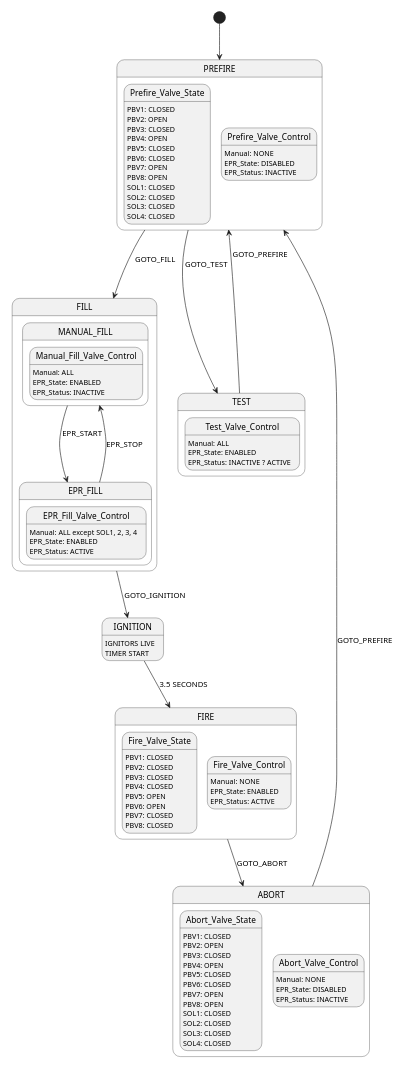
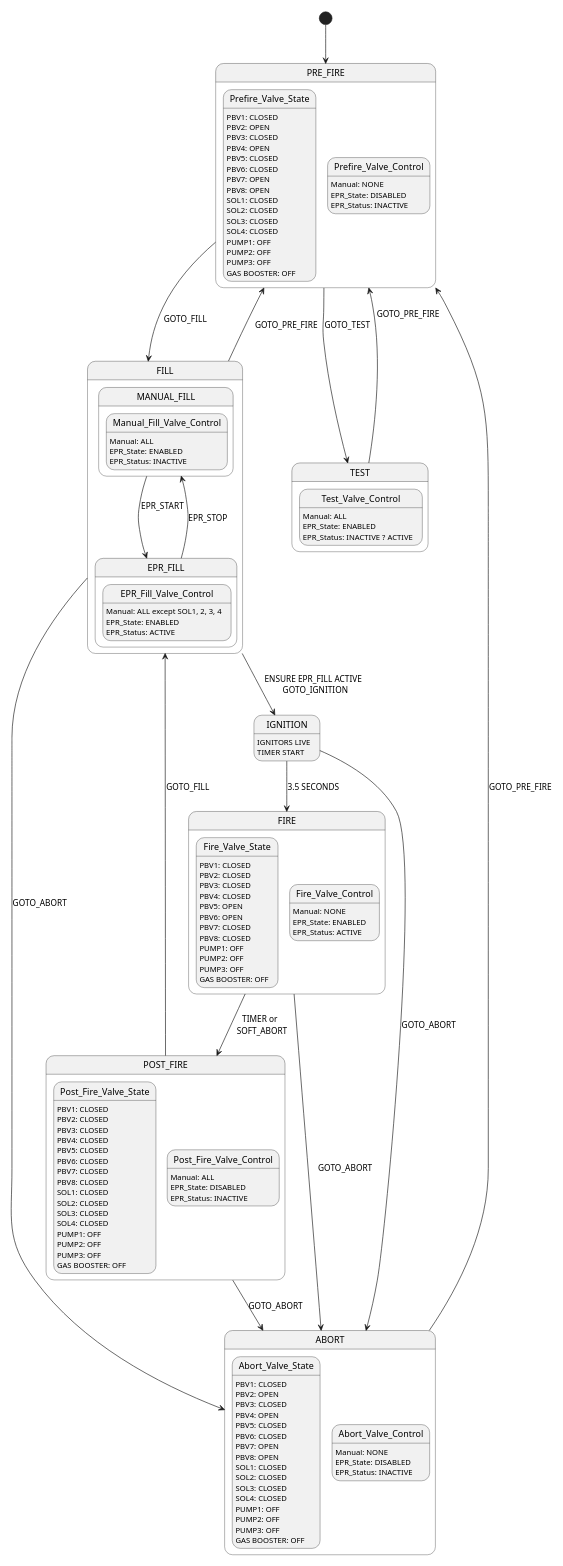
Before and after one commit to Bio-Rocket/LabJack: the diagram in stateMachine.plantuml, drawn with PlantUML.

Commit message:
added postfire state and new transitions

```diff
--- a/stateMachine.plantuml
+++ b/stateMachine.plantuml
@@ -1,99 +1,141 @@
 @startuml stateMachine
-scale 350 width
-[*] --> PREFIRE
-PREFIRE --> FILL : GOTO_FILL \n
-PREFIRE --> TEST : GOTO_TEST
-FILL --> IGNITION : GOTO_IGNITION
+scale 500 width
+[*] --> PRE_FIRE
+PRE_FIRE --> FILL : GOTO_FILL \n
+PRE_FIRE --> TEST : GOTO_TEST
+FILL --> IGNITION : ENSURE EPR_FILL ACTIVE \n GOTO_IGNITION
+FILL --> ABORT : GOTO_ABORT
+FILL --> PRE_FIRE : GOTO_PRE_FIRE
 IGNITION --> FIRE : 3.5 SECONDS
+IGNITION --> ABORT : GOTO_ABORT
 FIRE --> ABORT : GOTO_ABORT
-ABORT --> PREFIRE : GOTO_PREFIRE
-TEST --> PREFIRE : GOTO_PREFIRE \n\n
+FIRE --> POST_FIRE : TIMER or \n SOFT_ABORT
+POST_FIRE --> FILL : GOTO_FILL
+POST_FIRE --> ABORT : GOTO_ABORT
+ABORT --> PRE_FIRE : GOTO_PRE_FIRE
+TEST --> PRE_FIRE : GOTO_PRE_FIRE \n\n
  
-state PREFIRE {
+state PRE_FIRE {
   state Prefire_Valve_State: PBV1: CLOSED
   state Prefire_Valve_State: PBV2: OPEN
   state Prefire_Valve_State: PBV3: CLOSED
   state Prefire_Valve_State: PBV4: OPEN
   state Prefire_Valve_State: PBV5: CLOSED
   state Prefire_Valve_State: PBV6: CLOSED
   state Prefire_Valve_State: PBV7: OPEN
   state Prefire_Valve_State: PBV8: OPEN
   state Prefire_Valve_State: SOL1: CLOSED
   state Prefire_Valve_State: SOL2: CLOSED
   state Prefire_Valve_State: SOL3: CLOSED
   state Prefire_Valve_State: SOL4: CLOSED
+  state Prefire_Valve_State: PUMP1: OFF
+  state Prefire_Valve_State: PUMP2: OFF
+  state Prefire_Valve_State: PUMP3: OFF
+  state Prefire_Valve_State: GAS BOOSTER: OFF
  
   state Prefire_Valve_Control
   state Prefire_Valve_Control: Manual: NONE
   state Prefire_Valve_Control: EPR_State: DISABLED
   state Prefire_Valve_Control: EPR_Status: INACTIVE
 }
  
 state FILL {
   state MANUAL_FILL {
     state Manual_Fill_Valve_Control
     state Manual_Fill_Valve_Control: Manual: ALL
     state Manual_Fill_Valve_Control: EPR_State: ENABLED
     state Manual_Fill_Valve_Control: EPR_Status: INACTIVE
   }
  
   MANUAL_FILL ---> EPR_FILL : EPR_START \n\n
  
   state EPR_FILL {
     state EPR_Fill_Valve_Control
     state EPR_Fill_Valve_Control: Manual: ALL except SOL1, 2, 3, 4
     state EPR_Fill_Valve_Control: EPR_State: ENABLED
     state EPR_Fill_Valve_Control: EPR_Status: ACTIVE
   }
  
   EPR_FILL ---> MANUAL_FILL : EPR_STOP
 }
  
 state IGNITION {
   IGNITION : IGNITORS LIVE
   IGNITION : TIMER START
 }
  
 state FIRE {
   state Fire_Valve_State: PBV1: CLOSED
   state Fire_Valve_State: PBV2: CLOSED
   state Fire_Valve_State: PBV3: CLOSED
   state Fire_Valve_State: PBV4: CLOSED
   state Fire_Valve_State: PBV5: OPEN
   state Fire_Valve_State: PBV6: OPEN
   state Fire_Valve_State: PBV7: CLOSED
   state Fire_Valve_State: PBV8: CLOSED
+  state Fire_Valve_State: PUMP1: OFF
+  state Fire_Valve_State: PUMP2: OFF
+  state Fire_Valve_State: PUMP3: OFF
+  state Fire_Valve_State: GAS BOOSTER: OFF
  
   state Fire_Valve_Control
   state Fire_Valve_Control: Manual: NONE
   state Fire_Valve_Control: EPR_State: ENABLED
   state Fire_Valve_Control: EPR_Status: ACTIVE
 }
+
+state POST_FIRE {
+  state Post_Fire_Valve_State: PBV1: CLOSED
+  state Post_Fire_Valve_State: PBV2: CLOSED
+  state Post_Fire_Valve_State: PBV3: CLOSED
+  state Post_Fire_Valve_State: PBV4: CLOSED
+  state Post_Fire_Valve_State: PBV5: CLOSED
+  state Post_Fire_Valve_State: PBV6: CLOSED
+  state Post_Fire_Valve_State: PBV7: CLOSED
+  state Post_Fire_Valve_State: PBV8: CLOSED
+  state Post_Fire_Valve_State: SOL1: CLOSED
+  state Post_Fire_Valve_State: SOL2: CLOSED
+  state Post_Fire_Valve_State: SOL3: CLOSED
+  state Post_Fire_Valve_State: SOL4: CLOSED
+  state Post_Fire_Valve_State: PUMP1: OFF
+  state Post_Fire_Valve_State: PUMP2: OFF
+  state Post_Fire_Valve_State: PUMP3: OFF
+  state Post_Fire_Valve_State: GAS BOOSTER: OFF
+ 
+  state Post_Fire_Valve_Control
+  state Post_Fire_Valve_Control: Manual: ALL
+  state Post_Fire_Valve_Control: EPR_State: DISABLED
+  state Post_Fire_Valve_Control: EPR_Status: INACTIVE
+} 
  
 state ABORT {
   state Abort_Valve_State: PBV1: CLOSED
   state Abort_Valve_State: PBV2: OPEN
   state Abort_Valve_State: PBV3: CLOSED
   state Abort_Valve_State: PBV4: OPEN
   state Abort_Valve_State: PBV5: CLOSED
   state Abort_Valve_State: PBV6: CLOSED
   state Abort_Valve_State: PBV7: OPEN
   state Abort_Valve_State: PBV8: OPEN
   state Abort_Valve_State: SOL1: CLOSED
   state Abort_Valve_State: SOL2: CLOSED
   state Abort_Valve_State: SOL3: CLOSED
   state Abort_Valve_State: SOL4: CLOSED
+  state Abort_Valve_State: PUMP1: OFF
+  state Abort_Valve_State: PUMP2: OFF
+  state Abort_Valve_State: PUMP3: OFF
+  state Abort_Valve_State: GAS BOOSTER: OFF
  
   state Abort_Valve_Control
   state Abort_Valve_Control: Manual: NONE
   state Abort_Valve_Control: EPR_State: DISABLED
   state Abort_Valve_Control: EPR_Status: INACTIVE
 }
  
 state TEST {
   state Test_Valve_Control
   state Test_Valve_Control: Manual: ALL
   state Test_Valve_Control: EPR_State: ENABLED
   state Test_Valve_Control: EPR_Status: INACTIVE ? ACTIVE
 }
 @enduml
```
